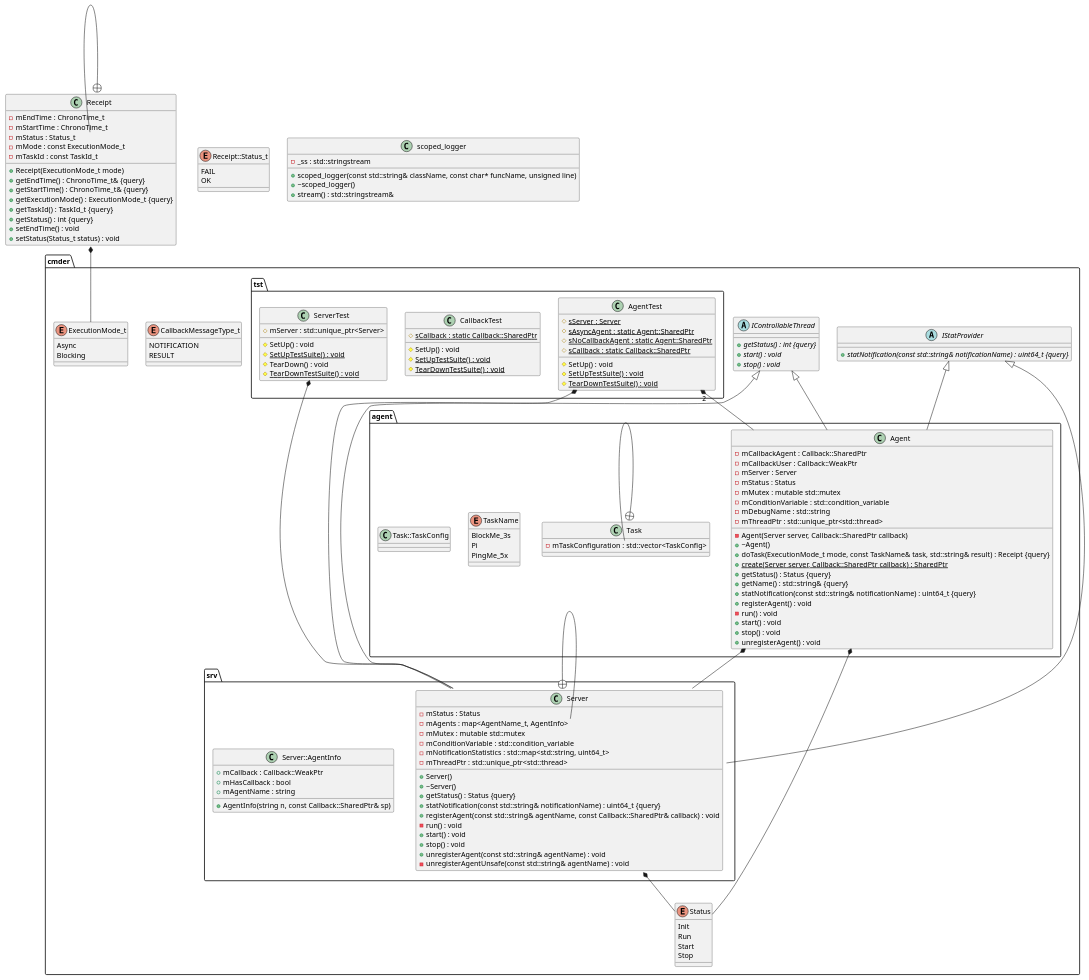
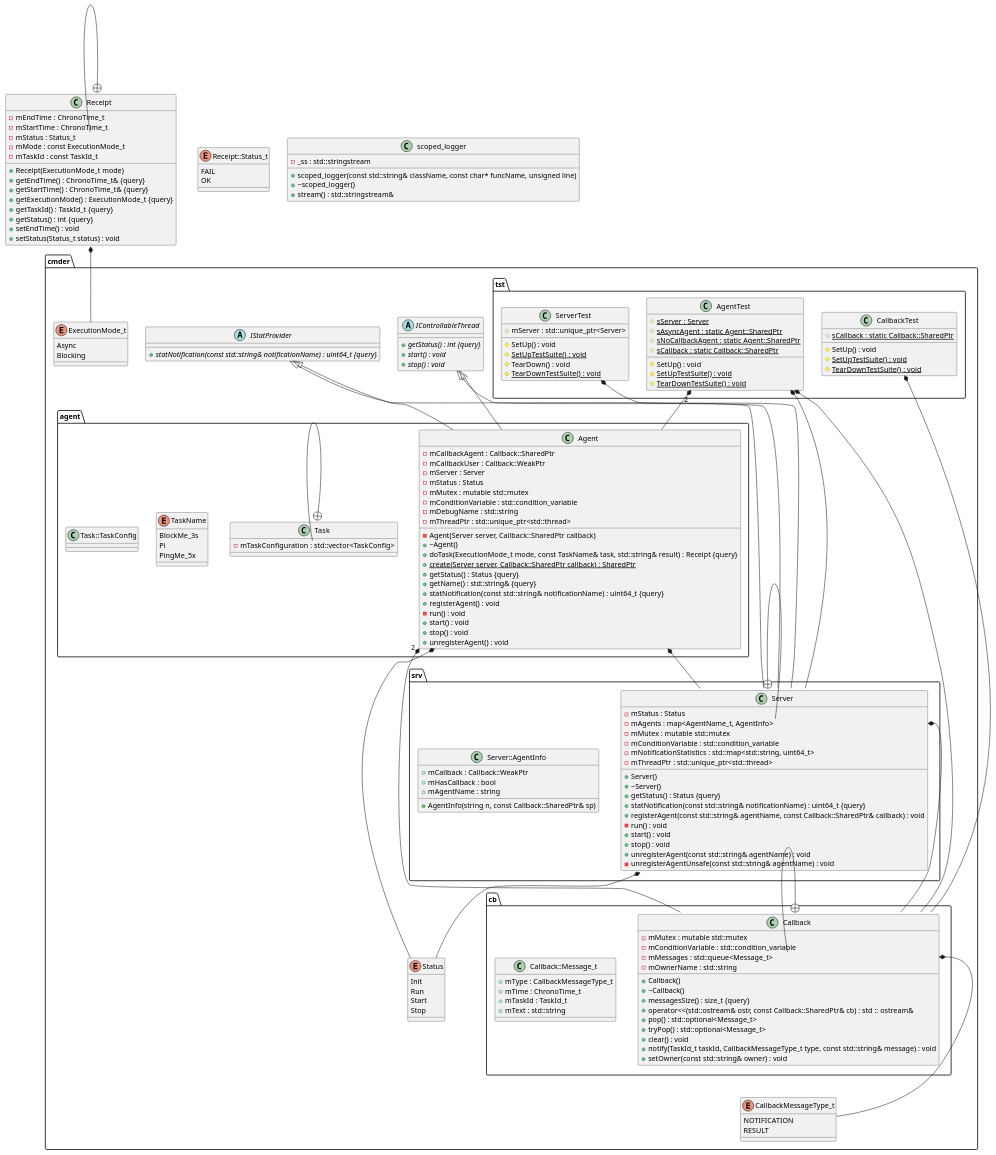
One commit to h6wk/Cmder changed the diagram in diagrams/classdiagram.puml. Above: the diagram before and after it, drawn with PlantUML. The commit also changed 17 other files, not shown here.

```diff
--- a/diagrams/classdiagram.puml
+++ b/diagrams/classdiagram.puml
@@ -120,6 +120,31 @@
 		}
 	}
 
+	namespace cb {
+		class Callback {
+			+Callback()
+			+~Callback()
+			-mMutex : mutable std::mutex
+			+messagesSize() : size_t {query}
+			+operator<<(std::ostream& ostr, const Callback::SharedPtr& cb) : std :: ostream&
+			-mConditionVariable : std::condition_variable
+			+pop() : std::optional<Message_t>
+			+tryPop() : std::optional<Message_t>
+			-mMessages : std::queue<Message_t>
+			-mOwnerName : std::string
+			+clear() : void
+			+notify(TaskId_t taskId, CallbackMessageType_t type, const std::string& message) : void
+			+setOwner(const std::string& owner) : void
+		}
+
+		class Callback::Message_t {
+			+mType : CallbackMessageType_t
+			+mTime : ChronoTime_t
+			+mTaskId : TaskId_t
+			+mText : std::string
+		}
+	}
+
 	namespace agent {
 		class Agent {
 			-Agent(Server server, Callback::SharedPtr callback)
@@ -182,6 +207,9 @@
 
 /' Aggregation relationships '/
 
+cmder.agent.Agent "2" *-- cmder.cb.Callback
+
+
 cmder.agent.Agent *-- cmder.srv.Server
 
 
@@ -191,13 +219,25 @@
 cmder.tst.AgentTest "2" *-- cmder.agent.Agent
 
 
+cmder.tst.AgentTest *-- cmder.cb.Callback
+
+
 cmder.tst.AgentTest *-- cmder.srv.Server
+
+
+cmder.cb.Callback::Message_t *-- cmder.CallbackMessageType_t
+
+
+cmder.tst.CallbackTest *-- cmder.cb.Callback
 
 
 .Receipt *-- cmder.ExecutionMode_t
 
 
 cmder.srv.Server *-- cmder.Status
+
+
+cmder.srv.Server::AgentInfo *-- cmder.cb.Callback
 
 
 cmder.tst.ServerTest *-- cmder.srv.Server
@@ -208,6 +248,9 @@
 
 
 /' Nested objects '/
+
+cmder.cb.Callback +-- cmder.cb.Callback::Message_t
+
 
 .Receipt +-- .Receipt::Status_t
 
```
